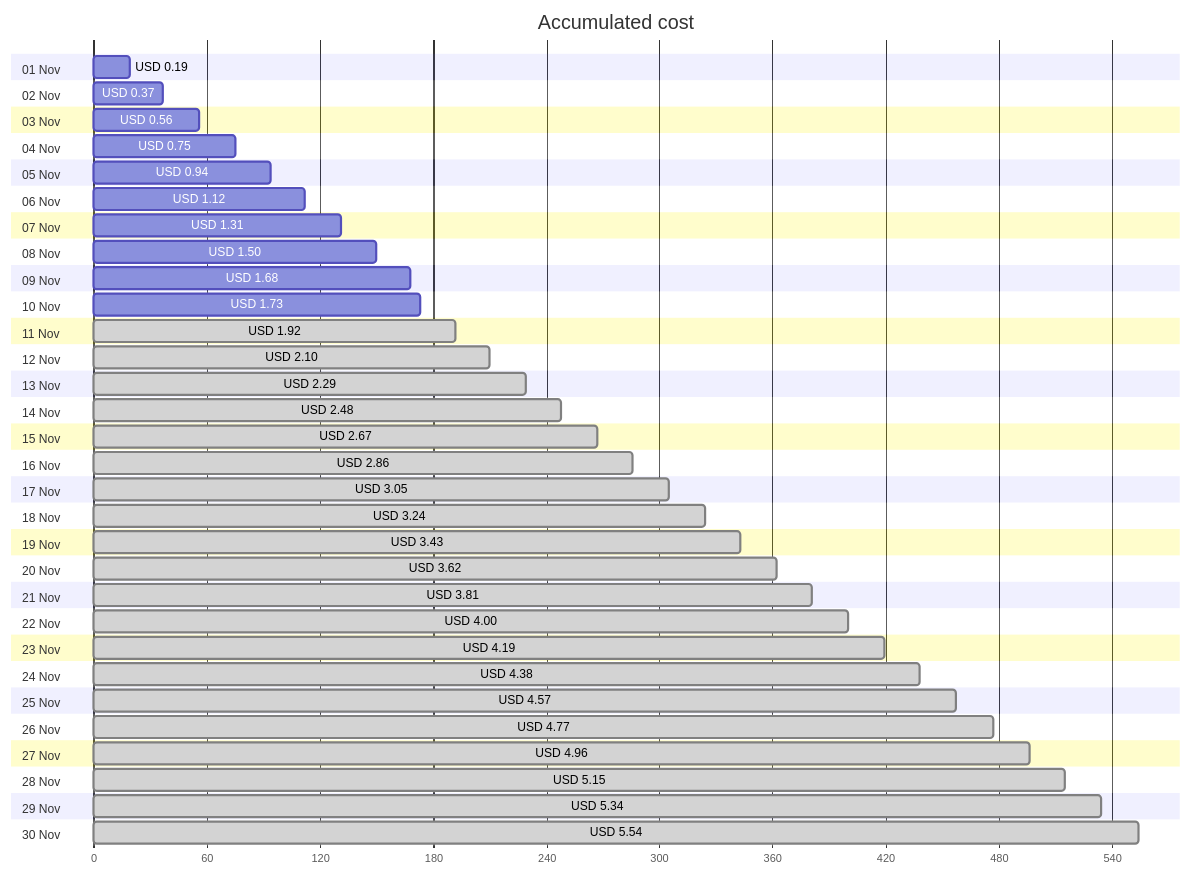
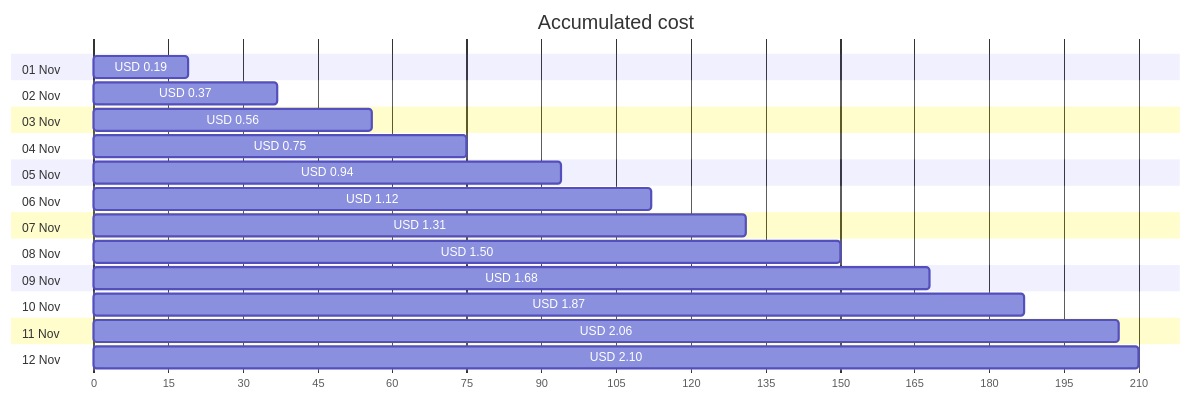
One commit to jpfulton/azure-personal-reports changed the first of 4 diagrams in cost-reports/personal-network/backup-server.md. Above: the diagram before and after it, drawn with Mermaid. The commit also changed other lines of this file and 8 other files, not shown here.

````diff
--- a/cost-reports/personal-network/backup-server.md
+++ b/cost-reports/personal-network/backup-server.md
@@ -20,66 +20,30 @@
 ```mermaid
 gantt
    title Accumulated cost
    dateFormat  X
    axisFormat %s
    section 01 Nov
    USD 0.19 :0, 19
    section 02 Nov
    USD 0.37 :0, 37
    section 03 Nov
    USD 0.56 :0, 56
    section 04 Nov
    USD 0.75 :0, 75
    section 05 Nov
    USD 0.94 :0, 94
    section 06 Nov
    USD 1.12 :0, 112
    section 07 Nov
    USD 1.31 :0, 131
    section 08 Nov
    USD 1.50 :0, 150
    section 09 Nov
    USD 1.68 :0, 168
    section 10 Nov
-   USD 1.73 :0, 173
+   USD 1.87 :0, 187
    section 11 Nov
-   USD 1.92 : done, 0, 192
+   USD 2.06 :0, 206
    section 12 Nov
-   USD 2.10 : done, 0, 210
-   section 13 Nov
-   USD 2.29 : done, 0, 229
-   section 14 Nov
-   USD 2.48 : done, 0, 248
-   section 15 Nov
-   USD 2.67 : done, 0, 267
-   section 16 Nov
-   USD 2.86 : done, 0, 286
-   section 17 Nov
-   USD 3.05 : done, 0, 305
-   section 18 Nov
-   USD 3.24 : done, 0, 324
-   section 19 Nov
-   USD 3.43 : done, 0, 343
-   section 20 Nov
-   USD 3.62 : done, 0, 362
-   section 21 Nov
-   USD 3.81 : done, 0, 381
-   section 22 Nov
-   USD 4.00 : done, 0, 400
-   section 23 Nov
-   USD 4.19 : done, 0, 419
-   section 24 Nov
-   USD 4.38 : done, 0, 438
-   section 25 Nov
-   USD 4.57 : done, 0, 457
-   section 26 Nov
-   USD 4.77 : done, 0, 477
-   section 27 Nov
-   USD 4.96 : done, 0, 496
-   section 28 Nov
-   USD 5.15 : done, 0, 515
-   section 29 Nov
-   USD 5.34 : done, 0, 534
-   section 30 Nov
-   USD 5.54 : done, 0, 554
+   USD 2.10 :0, 210
 ```
````
